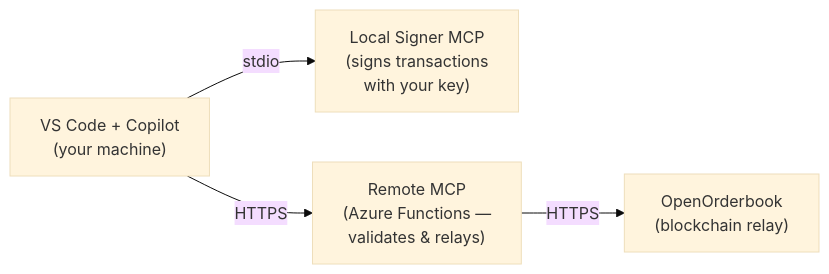
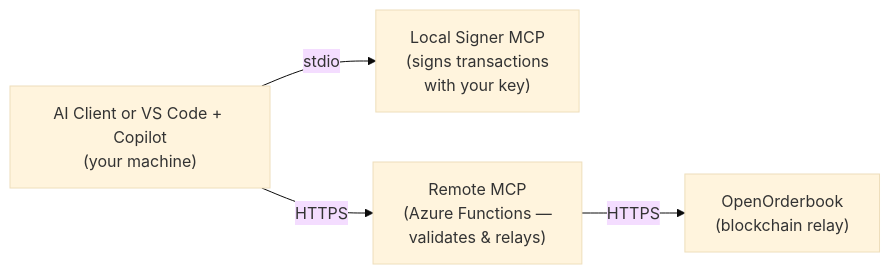
The diagram in README.md (HorizonFintex/openorderbook-mcp), drawn with Mermaid (base theme) before and after one commit. The commit also changed other lines of this file, not shown here.

Commit message:
Revise README to clarify AI client and VS Code integration; enhance setup instructions and documentation

````diff
--- a/README.md
+++ b/README.md
@@ -7,6 +16,6 @@
 ```mermaid
 graph LR
-    A["VS Code + Copilot<br/>(your machine)"] -- stdio --> B["Local Signer MCP<br/>(signs transactions<br/>with your key)"]
+    A["AI Client or VS Code + Copilot<br/>(your machine)"] -- stdio --> B["Local Signer MCP<br/>(signs transactions<br/>with your key)"]
     A -- HTTPS --> C["Remote MCP<br/>(Azure Functions —<br/>validates & relays)"]
     C -- HTTPS --> D["OpenOrderbook<br/>(blockchain relay)"]
 ```
````
